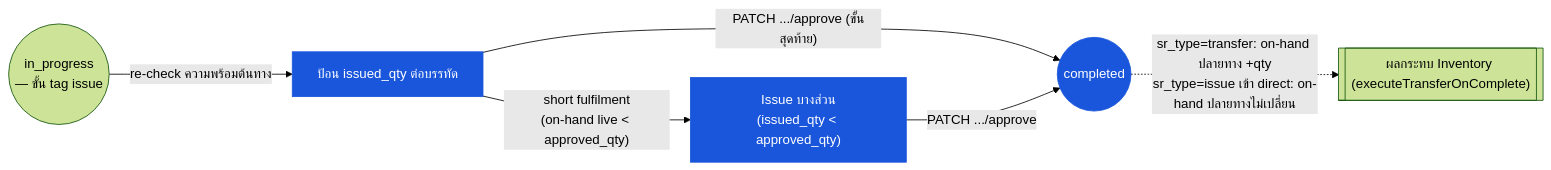
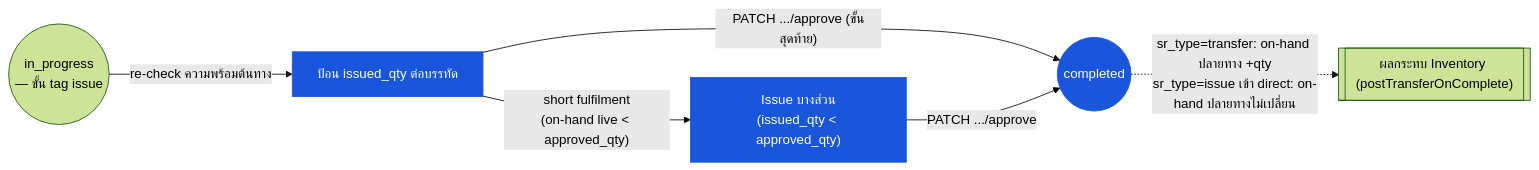
One commit to CarmenSoftware-organization/carmen-wiki changed the diagram in th/inventory/store-requisition/03-user-flow-fulfiller.md. Above: the diagram before and after it, drawn with Mermaid (forest theme). The commit also changed other lines of this file and 27 other files, not shown here.

````diff
--- a/th/inventory/store-requisition/03-user-flow-fulfiller.md
+++ b/th/inventory/store-requisition/03-user-flow-fulfiller.md
@@ -25,9 +26,9 @@
 ```mermaid
 graph LR
     approved(("in_progress\n— ขั้น tag issue")) -->|"re-check ความพร้อมต้นทาง"| pick["ป้อน issued_qty ต่อบรรทัด"]:::current
     pick -->|"PATCH .../approve (ขั้นสุดท้าย)"| completed(("completed")):::current
     pick -->|"short fulfilment\n(on-hand live < approved_qty)"| partial["Issue บางส่วน\n(issued_qty < approved_qty)"]:::current
     partial -->|"PATCH .../approve"| completed
-    completed -.->|"sr_type=transfer: on-hand ปลายทาง +qty\nsr_type=issue เข้า direct: on-hand ปลายทางไม่เปลี่ยน"| effects[["ผลกระทบ Inventory (executeTransferOnComplete)"]]
+    completed -.->|"sr_type=transfer: on-hand ปลายทาง +qty\nsr_type=issue เข้า direct: on-hand ปลายทางไม่เปลี่ยน"| effects[["ผลกระทบ Inventory (postTransferOnComplete)"]]
     classDef current fill:#1a56db,color:#fff,stroke:#1a56db;
 ```
````
